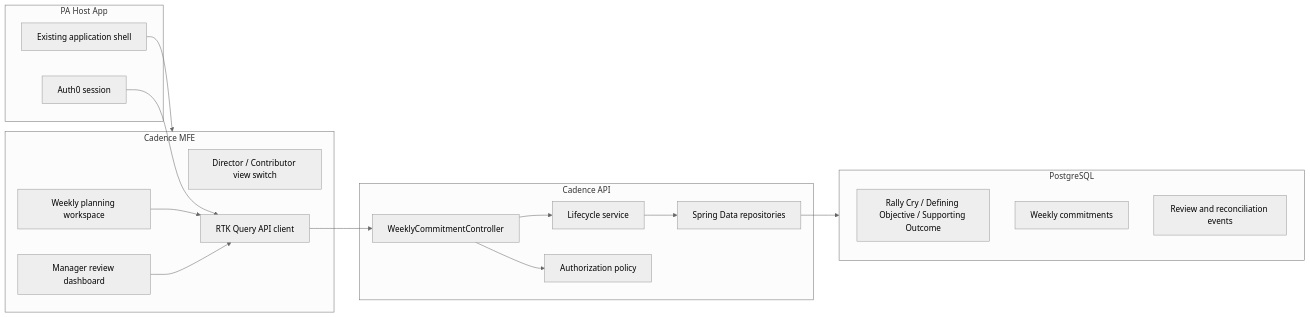
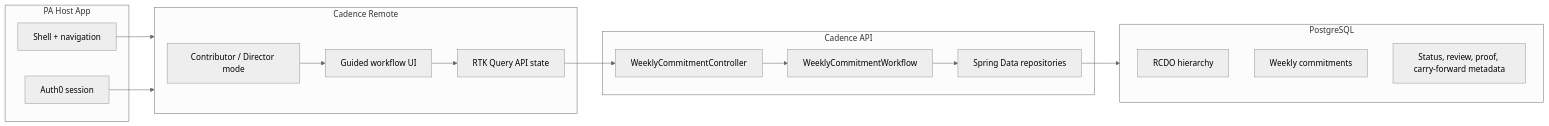
One commit to trossitter/cadence changed the first of 2 diagrams in docs/ARCHITECTURE.md. Above: the diagram before and after it, drawn with Mermaid (neutral theme). The commit also changed other lines of this file and 1 other file, not shown here.

Commit message:
Polish Cadence docs for demo flow

````diff
--- a/docs/ARCHITECTURE.md
+++ b/docs/ARCHITECTURE.md
@@ -38,37 +32,34 @@
 ```mermaid
 flowchart LR
   subgraph Host["PA Host App"]
-    Shell["Existing application shell"]
-    Auth["Auth0 session"]
+    Shell["Shell + navigation"]
+    Session["Auth0 session"]
   end
 
-  subgraph Remote["Cadence MFE"]
-    Toggle["Director / Contributor view switch"]
-    Planner["Weekly planning workspace"]
-    Review["Manager review dashboard"]
-    ApiClient["RTK Query API client"]
+  subgraph Cadence["Cadence Remote"]
+    Mode["Contributor / Director mode"]
+    Guide["Guided workflow UI"]
+    ApiState["RTK Query API state"]
   end
 
   subgraph Api["Cadence API"]
     Controller["WeeklyCommitmentController"]
-    Workflow["Lifecycle service"]
-    Policy["Authorization policy"]
+    Workflow["WeeklyCommitmentWorkflow"]
     Repo["Spring Data repositories"]
   end
 
   subgraph Data["PostgreSQL"]
-    RCDO["Rally Cry / Defining Objective / Supporting Outcome"]
+    RCDO["RCDO hierarchy"]
     Commitments["Weekly commitments"]
-    Reviews["Review and reconciliation events"]
+    WorkflowFields["Status, review, proof, carry-forward metadata"]
   end
 
-  Shell --> Remote
-  Auth --> ApiClient
-  Planner --> ApiClient
-  Review --> ApiClient
-  ApiClient --> Controller
-  Controller --> Policy
+  Shell --> Cadence
+  Session --> Cadence
+  Mode --> Guide
+  Guide --> ApiState
+  ApiState --> Controller
   Controller --> Workflow
   Workflow --> Repo
   Repo --> Data
 ```
````
